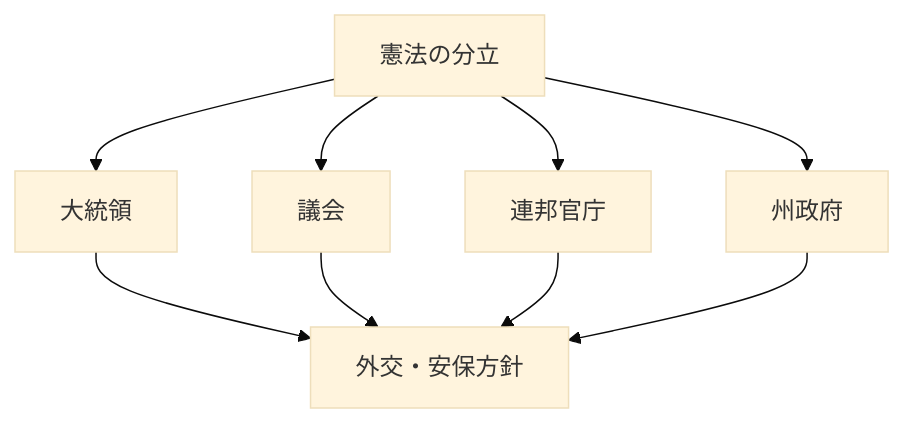
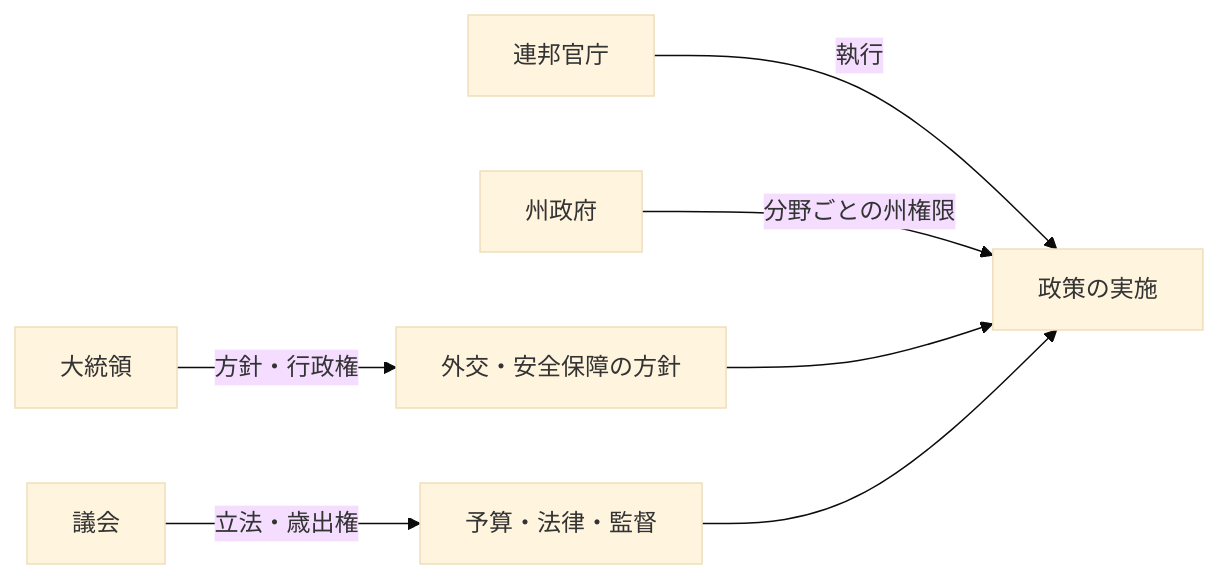
Before and after one commit to daylight55/research: the first of 3 diagrams in articles/report/united-states-geopolitical-profile/ja/index.mdx, drawn with Mermaid (base theme). The commit also changed other lines of this file and 181 other files, not shown here.

First line of the commit message:
全記事の図解368点を再生成し、共通注意書きを削除 (#402)

````diff
--- a/articles/report/united-states-geopolitical-profile/ja/index.mdx
+++ b/articles/report/united-states-geopolitical-profile/ja/index.mdx
@@ -32,11 +32,18 @@
 ```mermaid
-flowchart TD
-  A["憲法の分立"] --> B["大統領"]
-  A --> C["議会"]
-  A --> D["連邦官庁"]
-  A --> E["州政府"]
-  B --> F["外交・安保方針"]
-  C --> F
-  D --> F
-  E --> F
+flowchart LR
+  accTitle: 米国政策の決定・予算・実施を分ける
+  accDescr: 大統領、議会、連邦官庁、州政府は同一の指揮系統ではない。権限の分立と政策への関わり方を区別する。
+  N0["大統領"]
+  N1["議会"]
+  N2["連邦官庁"]
+  N3["州政府"]
+  N4["外交・安全保障の方針"]
+  N5["予算・法律・監督"]
+  N6["政策の実施"]
+  N0 -->|方針・行政権| N4
+  N1 -->|立法・歳出権| N5
+  N2 -->|執行| N6
+  N3 -->|分野ごとの州権限| N6
+  N4 --> N6
+  N5 --> N6
 ```
````
